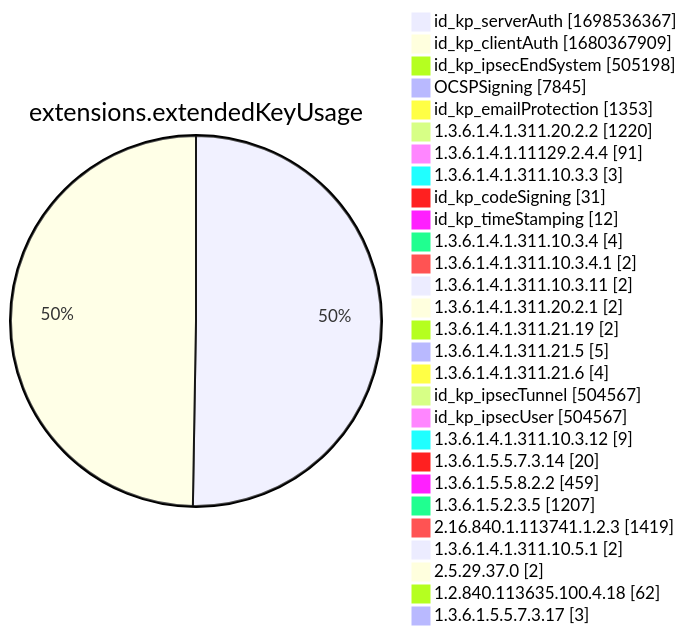
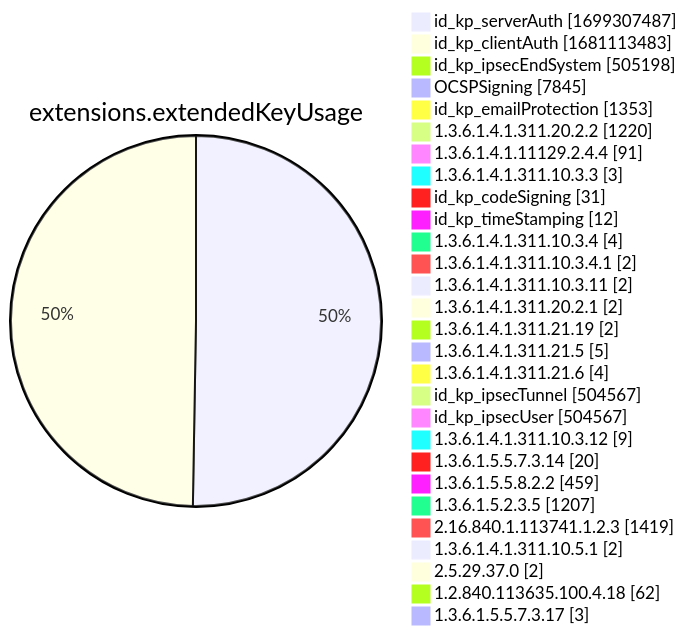
Diagram 12 of 15 in xenon2022/README.md (christiankrug/ctmonitor_visualization), drawn with Mermaid before and after one commit. The commit also changed other lines of this file, not shown here.

````diff
--- a/xenon2022/README.md
+++ b/xenon2022/README.md
@@ -3888,32 +3888,32 @@
 ```mermaid
 pie showData
 title extensions.extendedKeyUsage
-"id_kp_serverAuth" :1698536367
-"id_kp_clientAuth" :1680367909
+"id_kp_serverAuth" :1699307487
+"id_kp_clientAuth" :1681113483
 "id_kp_ipsecEndSystem" :505198
 "OCSPSigning" :7845
 "id_kp_emailProtection" :1353
 "1.3.6.1.4.1.311.20.2.2" :1220
 "1.3.6.1.4.1.11129.2.4.4" :91
 "1.3.6.1.4.1.311.10.3.3" :3
 "id_kp_codeSigning" :31
 "id_kp_timeStamping" :12
 "1.3.6.1.4.1.311.10.3.4" :4
 "1.3.6.1.4.1.311.10.3.4.1" :2
 "1.3.6.1.4.1.311.10.3.11" :2
 "1.3.6.1.4.1.311.20.2.1" :2
 "1.3.6.1.4.1.311.21.19" :2
 "1.3.6.1.4.1.311.21.5" :5
 "1.3.6.1.4.1.311.21.6" :4
 "id_kp_ipsecTunnel" :504567
 "id_kp_ipsecUser" :504567
 "1.3.6.1.4.1.311.10.3.12" :9
 "1.3.6.1.5.5.7.3.14" :20
 "1.3.6.1.5.5.8.2.2" :459
 "1.3.6.1.5.2.3.5" :1207
 "2.16.840.1.113741.1.2.3" :1419
 "1.3.6.1.4.1.311.10.5.1" :2
 "2.5.29.37.0" :2
 "1.2.840.113635.100.4.18" :62
 "1.3.6.1.5.5.7.3.17" :3
 ```
````
